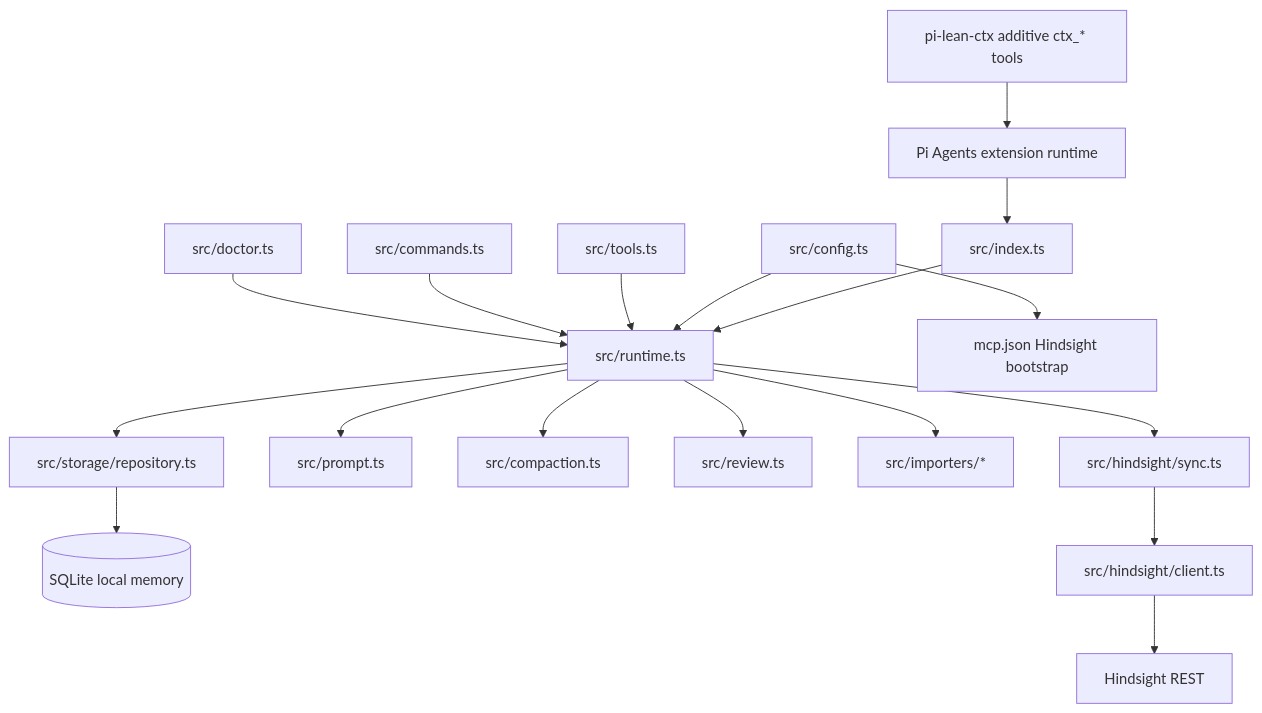
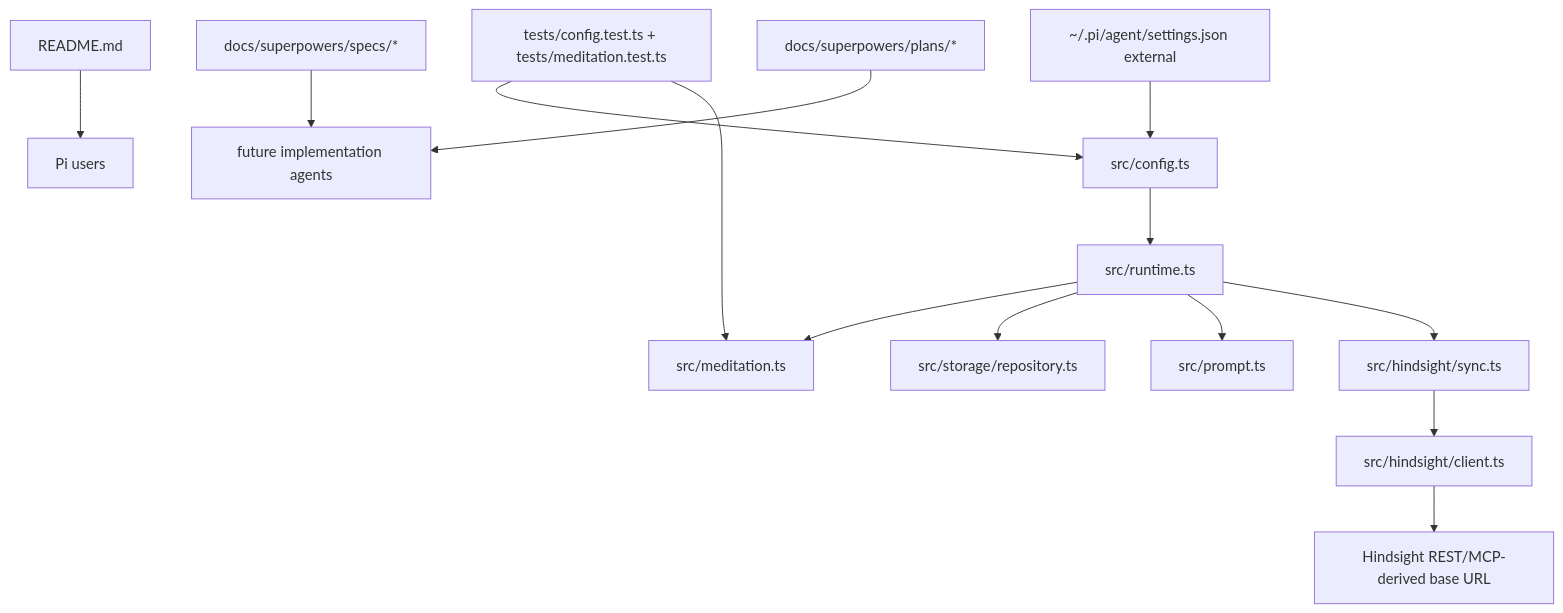
The diagram in docs/relay/RELAY.md (vvbzv/pi-vibe-memory), drawn with Mermaid before and after one commit. The commit also changed other lines of this file and 11 other files, not shown here.

````diff
--- a/docs/relay/RELAY.md
+++ b/docs/relay/RELAY.md
@@ -78,20 +77,16 @@
 ```mermaid
 flowchart TD
-  Pi[Pi Agents extension runtime] --> Index[src/index.ts]
-  Index --> Runtime[src/runtime.ts]
+  Settings[~/.pi/agent/settings.json external] --> Config[src/config.ts]
+  Config --> Runtime[src/runtime.ts]
+  Runtime --> Meditation[src/meditation.ts]
   Runtime --> Repo[src/storage/repository.ts]
-  Repo --> DB[(SQLite local memory)]
   Runtime --> Prompt[src/prompt.ts]
-  Runtime --> Compaction[src/compaction.ts]
-  Runtime --> Review[src/review.ts]
-  Runtime --> Importers[src/importers/*]
   Runtime --> Sync[src/hindsight/sync.ts]
   Sync --> HClient[src/hindsight/client.ts]
-  HClient --> Hindsight[Hindsight REST]
-  Config[src/config.ts] --> Runtime
-  Config --> MCP[mcp.json Hindsight bootstrap]
-  Tools[src/tools.ts] --> Runtime
-  Commands[src/commands.ts] --> Runtime
-  Doctor[src/doctor.ts] --> Runtime
-  LeanCtx[pi-lean-ctx additive ctx_* tools] --> Pi
+  HClient --> Hindsight[Hindsight REST/MCP-derived base URL]
+  README[README.md] --> Users[Pi users]
+  Spec[docs/superpowers/specs/*] --> FutureAgents[future implementation agents]
+  Plan[docs/superpowers/plans/*] --> FutureAgents
+  Tests[tests/config.test.ts + tests/meditation.test.ts] --> Config
+  Tests --> Meditation
 ```
````
